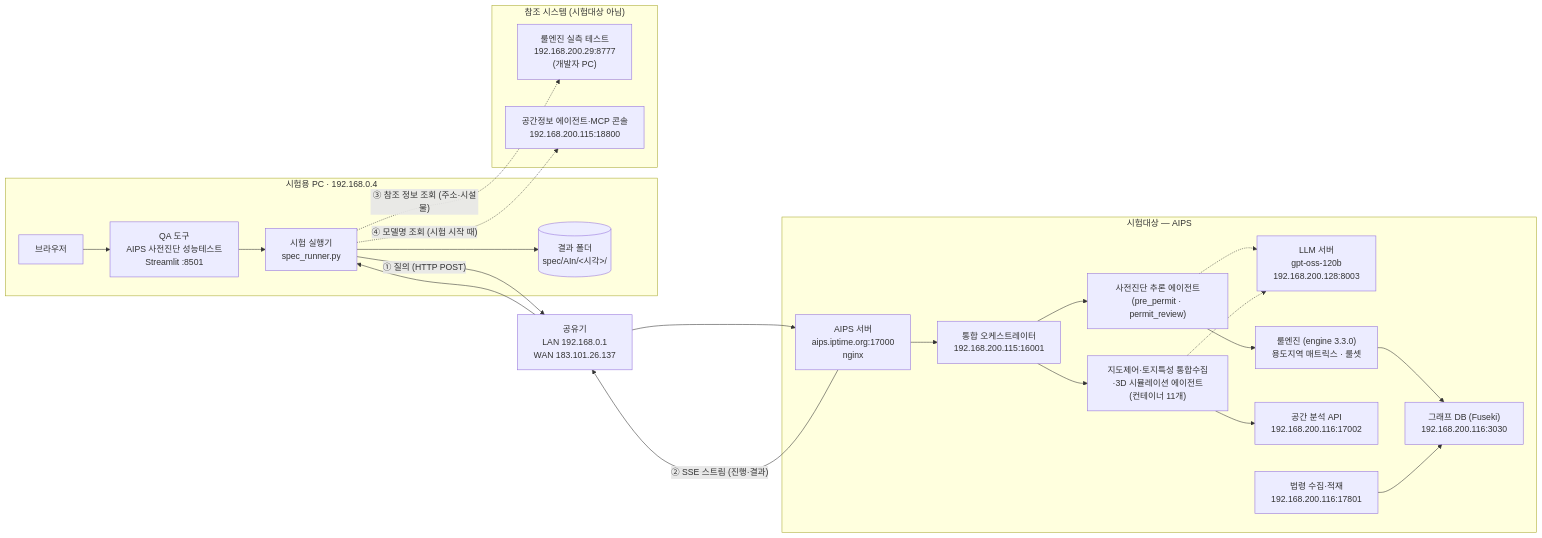
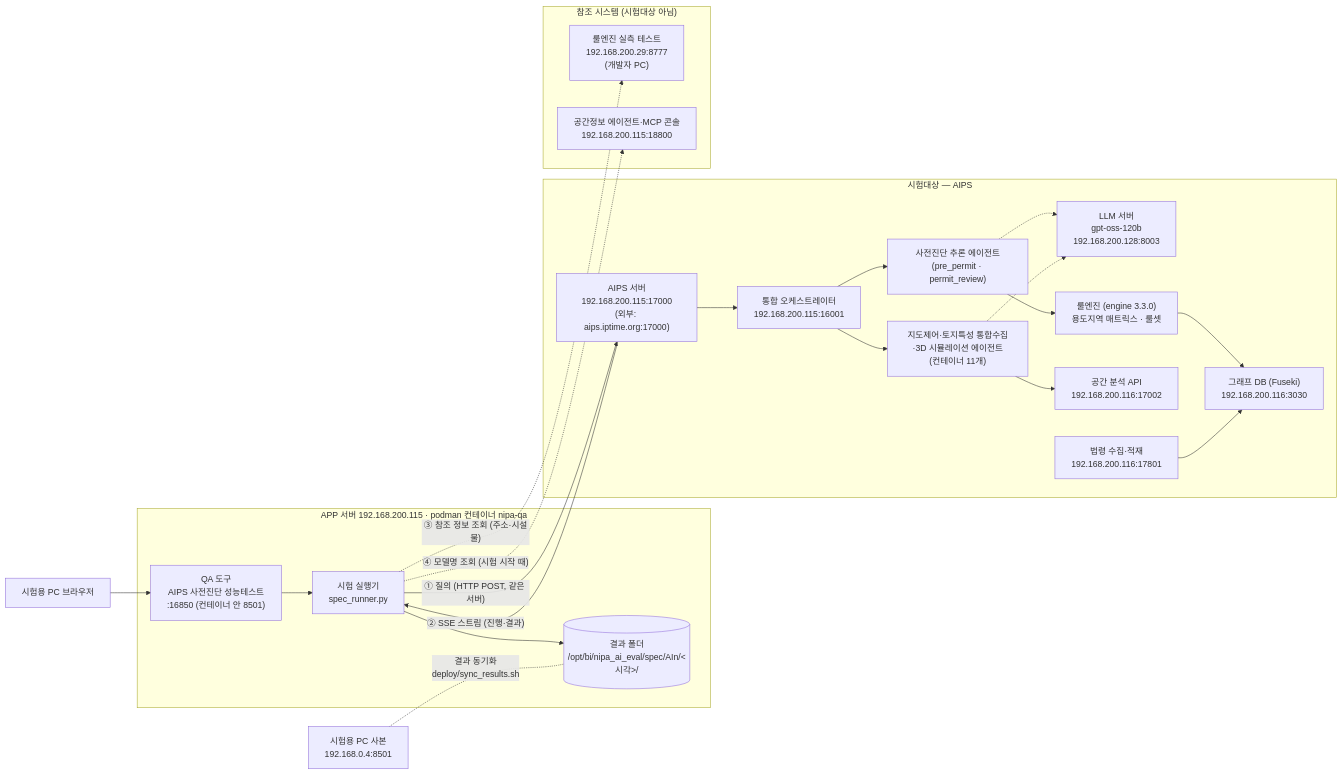
The first of 2 diagrams in 시스템_아키텍처.md (eunkyeoung/nipa_ai_eval), drawn with Mermaid before and after one commit. The commit also changed other lines of this file and 4 other files, not shown here.

````diff
--- a/시스템_아키텍처.md
+++ b/시스템_아키텍처.md
@@ -15,41 +18,41 @@
 ```mermaid
 flowchart LR
-    subgraph PC["시험용 PC · 192.168.0.4"]
-        BR["브라우저"] --> APP["QA 도구<br/>AIPS 사전진단 성능테스트<br/>Streamlit :8501"]
+    BR["시험용 PC 브라우저"] --> APP
+    subgraph QA["APP 서버 192.168.200.115 · podman 컨테이너 nipa-qa"]
+        APP["QA 도구<br/>AIPS 사전진단 성능테스트<br/>:16850 (컨테이너 안 8501)"]
         APP --> RUN["시험 실행기<br/>spec_runner.py"]
-        RUN --> FS[("결과 폴더<br/>spec/AIn/&lt;시각&gt;/")]
+        RUN --> FS[("결과 폴더<br/>/opt/bi/nipa_ai_eval/spec/AIn/&lt;시각&gt;/")]
     end
-
-    RT["공유기<br/>LAN 192.168.0.1<br/>WAN 183.101.26.137"]
+    PCQA["시험용 PC 사본<br/>192.168.0.4:8501"] -. "결과 동기화<br/>deploy/sync_results.sh" .- FS
 
     subgraph SUT["시험대상 — AIPS"]
-        WEB["AIPS 서버<br/>aips.iptime.org:17000<br/>nginx"]
+        WEB["AIPS 서버<br/>192.168.200.115:17000<br/>(외부: aips.iptime.org:17000)"]
         ORC["통합 오케스트레이터<br/>192.168.200.115:16001"]
         PP["사전진단 추론 에이전트<br/>(pre_permit · permit_review)"]
         SPA["지도제어·토지특성 통합수집·3D 시뮬레이션 에이전트<br/>(컨테이너 11개)"]
         LLM["LLM 서버<br/>gpt-oss-120b<br/>192.168.200.128:8003"]
         ENG["룰엔진 (engine 3.3.0)<br/>용도지역 매트릭스 · 룰셋"]
         GEO["공간 분석 API<br/>192.168.200.116:17002"]
         LAW["법령 수집·적재<br/>192.168.200.116:17801"]
         FUS["그래프 DB (Fuseki)<br/>192.168.200.116:3030"]
         WEB --> ORC
         ORC --> PP
         ORC --> SPA
         PP --> ENG
         SPA --> GEO
         PP -.-> LLM
         SPA -.-> LLM
         ENG --> FUS
         LAW --> FUS
     end
 
     subgraph REF["참조 시스템 (시험대상 아님)"]
         R8777["룰엔진 실측 테스트<br/>192.168.200.29:8777<br/>(개발자 PC)"]
         CON["공간정보 에이전트·MCP 콘솔<br/>192.168.200.115:18800"]
     end
 
-    RUN -- "① 질의 (HTTP POST)" --> RT --> WEB
-    WEB -- "② SSE 스트림 (진행·결과)" --> RT --> RUN
+    RUN -- "① 질의 (HTTP POST, 같은 서버)" --> WEB
+    WEB -- "② SSE 스트림 (진행·결과)" --> RUN
     RUN -. "③ 참조 정보 조회 (주소·시설물)" .-> R8777
     RUN -. "④ 모델명 조회 (시험 시작 때)" .-> CON
 ```
````
